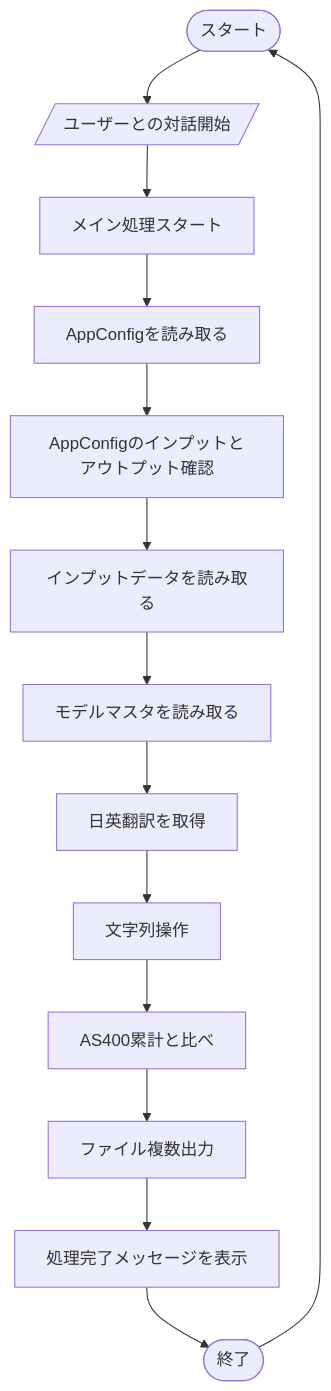
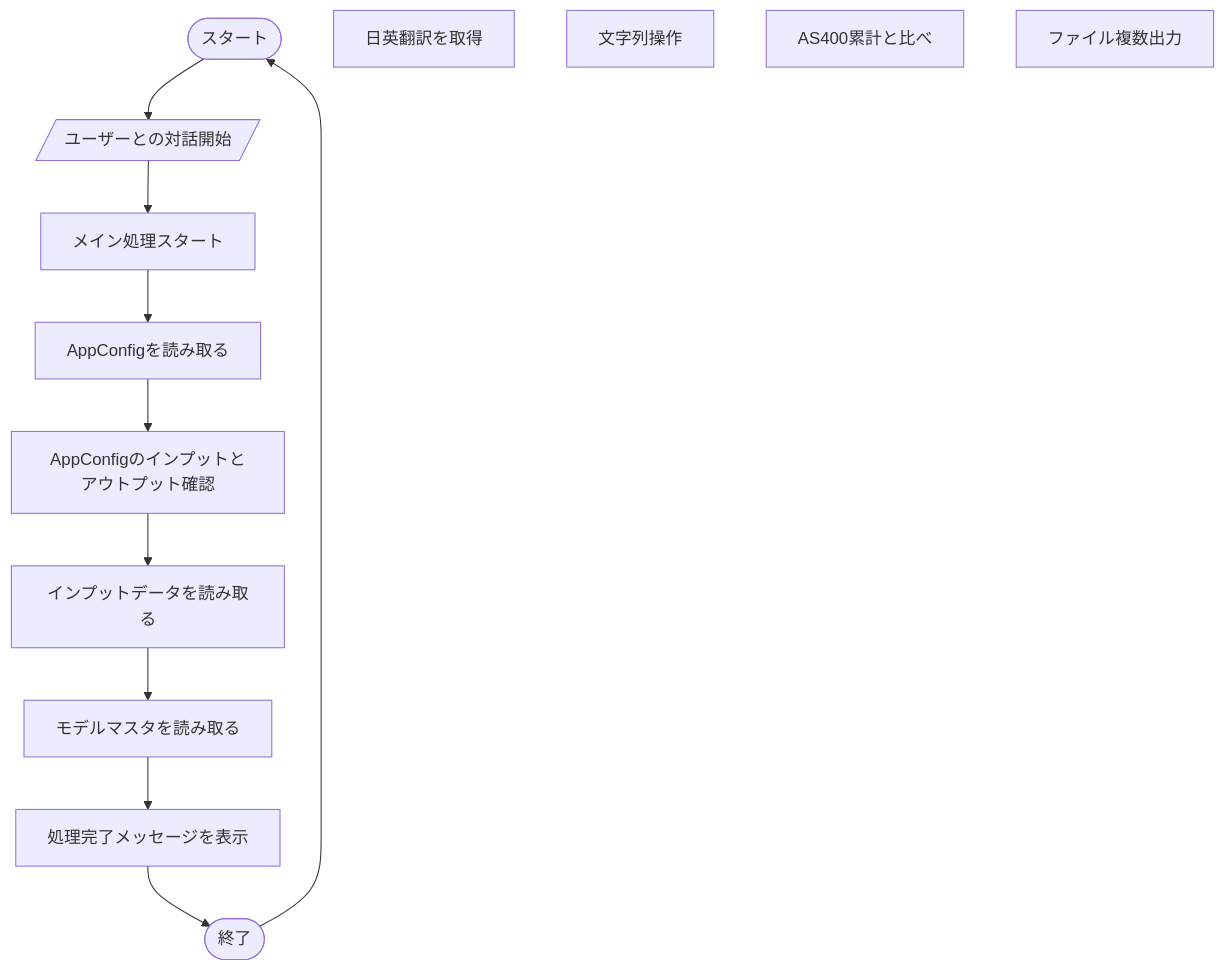
The diagram in flowcharts/conception.mmd (rhoenkelevra/pre_commit), drawn with Mermaid before and after one commit. The commit also changed 1 other file, not shown here.

```diff
--- a/flowcharts/conception.mmd
+++ b/flowcharts/conception.mmd
@@ -1,29 +1,26 @@
 flowchart TB
     start(["スタート"])
     UserInteraction[/"ユーザーとの対話開始"/]
     StartMainProcess["メイン処理スタート"]
     LoadAppConfig["AppConfigを読み取る"]
     CheckInputs/OutputsFromConfig["AppConfigのインプットとアウトプット確認"]
     LoadInputFiles["インプットデータを読み取る"]
     LoadMasterFile["モデルマスタを読み取る"]
     GetTranslations["日英翻訳を取得"]
     Check/ChangeStrings["文字列操作"]
     CompareWithPrevious["AS400累計と比べ"]
     OutputFiles["ファイル複数出力"]
     OutputFinalMessage["処理完了メッセージを表示"]
     End(["終了"])
 
     start
     --> UserInteraction
     --> StartMainProcess
     --> LoadAppConfig
     --> CheckInputs/OutputsFromConfig
     --> LoadInputFiles
     --> LoadMasterFile
-    --> GetTranslations
-    --> Check/ChangeStrings
-    --> CompareWithPrevious
-    --> OutputFiles
+    
     --> OutputFinalMessage
     --> End
     --> start 
```
